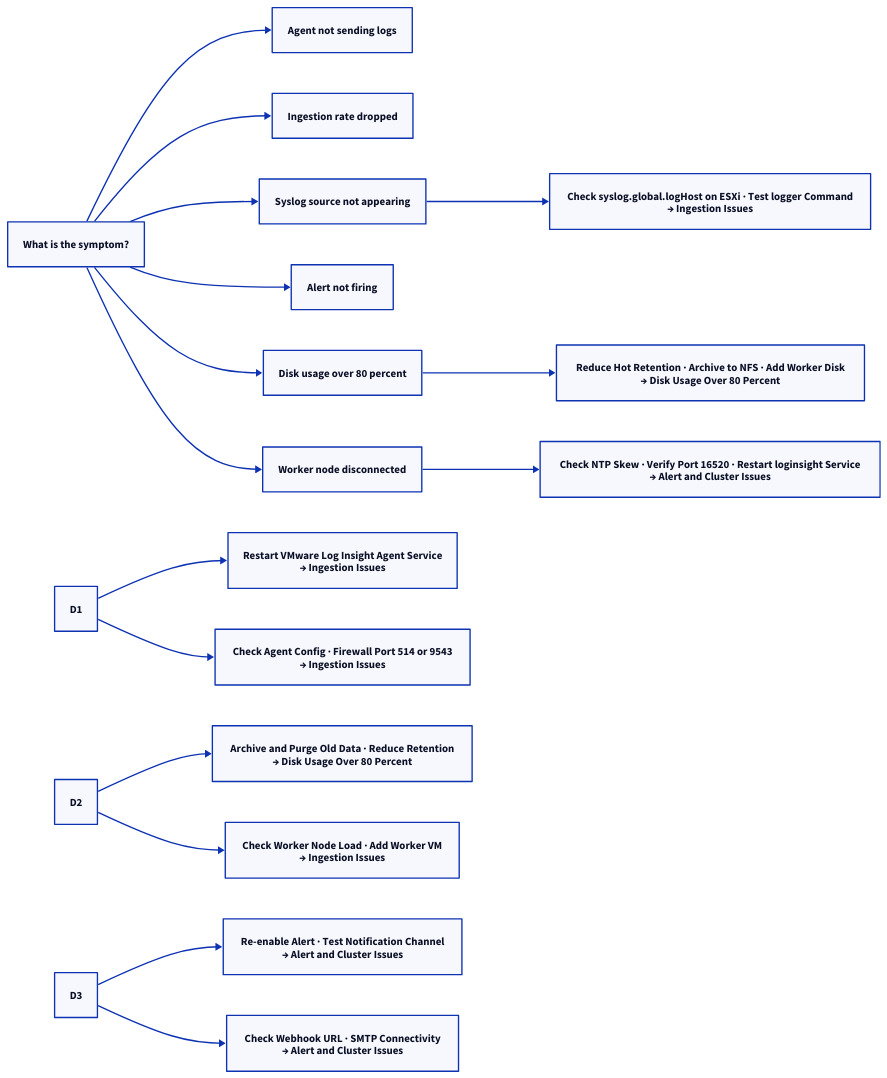
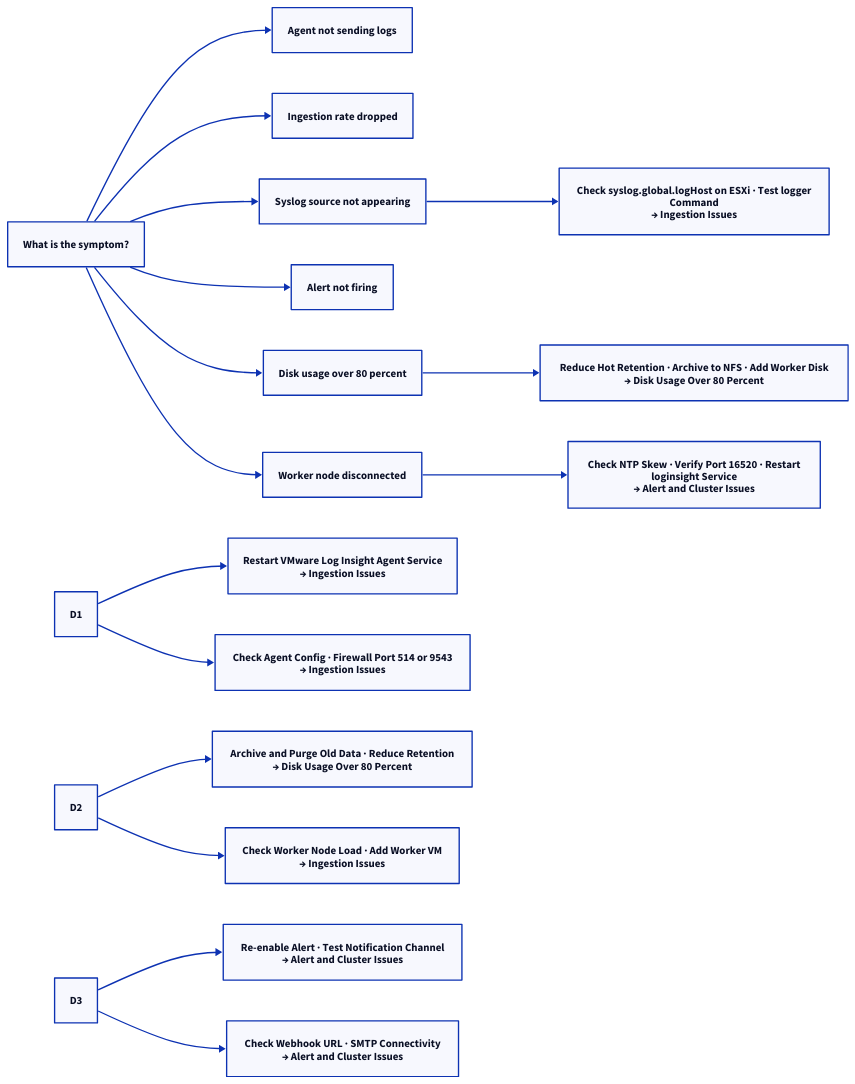
Before and after one commit to canast01/chris-kb: the second of 2 diagrams in docs/virtualization/vmware/aria-operations-for-logs/troubleshooting/common-issues.md, drawn with D2. The commit also changed 192 other files, not shown here.

````diff
--- a/docs/virtualization/vmware/aria-operations-for-logs/troubleshooting/common-issues.md
+++ b/docs/virtualization/vmware/aria-operations-for-logs/troubleshooting/common-issues.md
@@ -237,39 +237,39 @@
 ```d2
 direction: right
 
 S: "What is the symptom?" {shape: rectangle}
 B1: "Agent not sending logs" {shape: rectangle}
 B2: "Ingestion rate dropped" {shape: rectangle}
 B3: "Syslog source not appearing" {shape: rectangle}
 B4: "Alert not firing" {shape: rectangle}
 B5: "Disk usage over 80 percent" {shape: rectangle}
 B6: "Worker node disconnected" {shape: rectangle}
 D1: "D1" {shape: rectangle}
 R1: "Restart VMware Log Insight Agent Service\n→ Ingestion Issues" {shape: rectangle}
 R2: "Check Agent Config · Firewall Port 514 or 9543\n→ Ingestion Issues" {shape: rectangle}
 D2: "D2" {shape: rectangle}
 R3: "Archive and Purge Old Data · Reduce Retention\n→ Disk Usage Over 80 Percent" {shape: rectangle}
 R4: "Check Worker Node Load · Add Worker VM\n→ Ingestion Issues" {shape: rectangle}
-R5: "Check syslog.global.logHost on ESXi · Test logger Command\n→ Ingestion Issues" {shape: rectangle}
+R5: "Check syslog.global.logHost on ESXi · Test logger\nCommand\n→ Ingestion Issues" {shape: rectangle}
 D3: "D3" {shape: rectangle}
 R6: "Re-enable Alert · Test Notification Channel\n→ Alert and Cluster Issues" {shape: rectangle}
 R7: "Check Webhook URL · SMTP Connectivity\n→ Alert and Cluster Issues" {shape: rectangle}
 R8: "Reduce Hot Retention · Archive to NFS · Add Worker Disk\n→ Disk Usage Over 80 Percent" {shape: rectangle}
-R9: "Check NTP Skew · Verify Port 16520 · Restart loginsight Service\n→ Alert and Cluster Issues" {shape: rectangle}
+R9: "Check NTP Skew · Verify Port 16520 · Restart\nloginsight Service\n→ Alert and Cluster Issues" {shape: rectangle}
 
 S -> B1
 S -> B2
 S -> B3
 S -> B4
 S -> B5
 S -> B6
 D1 -> R1
 D1 -> R2
 D2 -> R3
 D2 -> R4
 B3 -> R5
 D3 -> R6
 D3 -> R7
 B5 -> R8
 B6 -> R9
 ```
````
